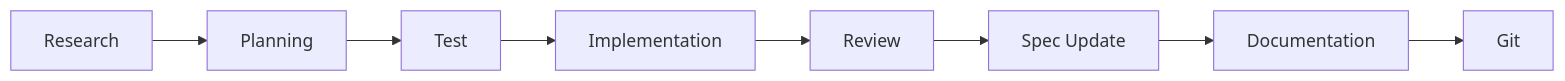
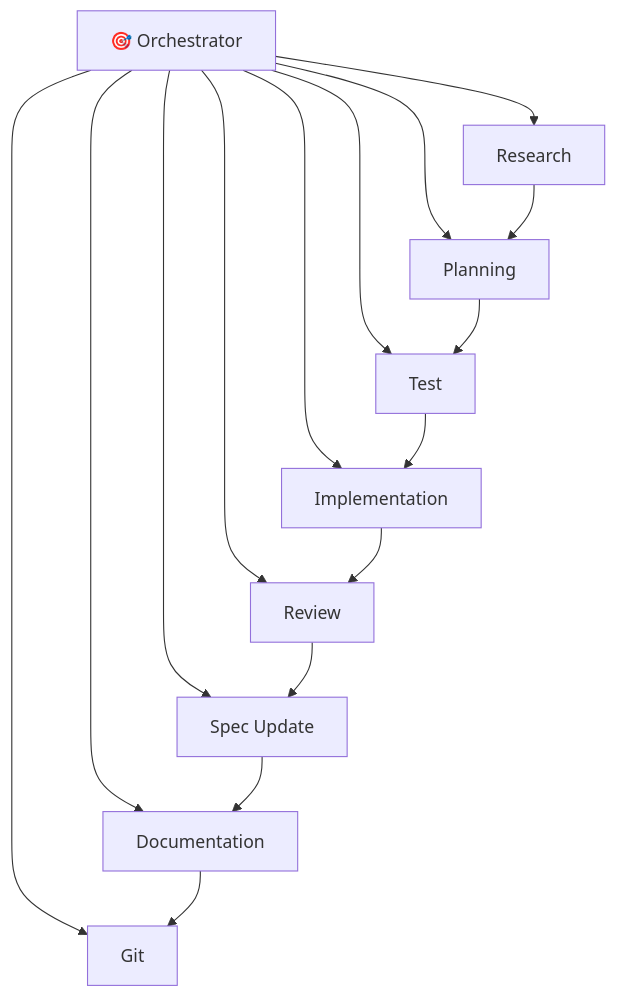
Before and after one commit to tomgun/agentic-framework: the diagram in .agentic/agents/roles/README.md, drawn with Mermaid. The commit also changed other lines of this file and 3 other files, not shown here.

````diff
--- a/.agentic/agents/roles/README.md
+++ b/.agentic/agents/roles/README.md
@@ -22,10 +32,19 @@
 ```mermaid
-graph LR
-    R[Research] --> P[Planning]
-    P --> T[Test]
-    T --> I[Implementation]
-    I --> Rev[Review]
-    Rev --> S[Spec Update]
-    S --> D[Documentation]
-    D --> G[Git]
+graph TB
+    O[🎯 Orchestrator] --> R[Research]
+    O --> P[Planning]
+    O --> T[Test]
+    O --> I[Implementation]
+    O --> Rev[Review]
+    O --> S[Spec Update]
+    O --> D[Documentation]
+    O --> G[Git]
+    
+    R --> P
+    P --> T
+    T --> I
+    I --> Rev
+    Rev --> S
+    S --> D
+    D --> G
 ```
````
